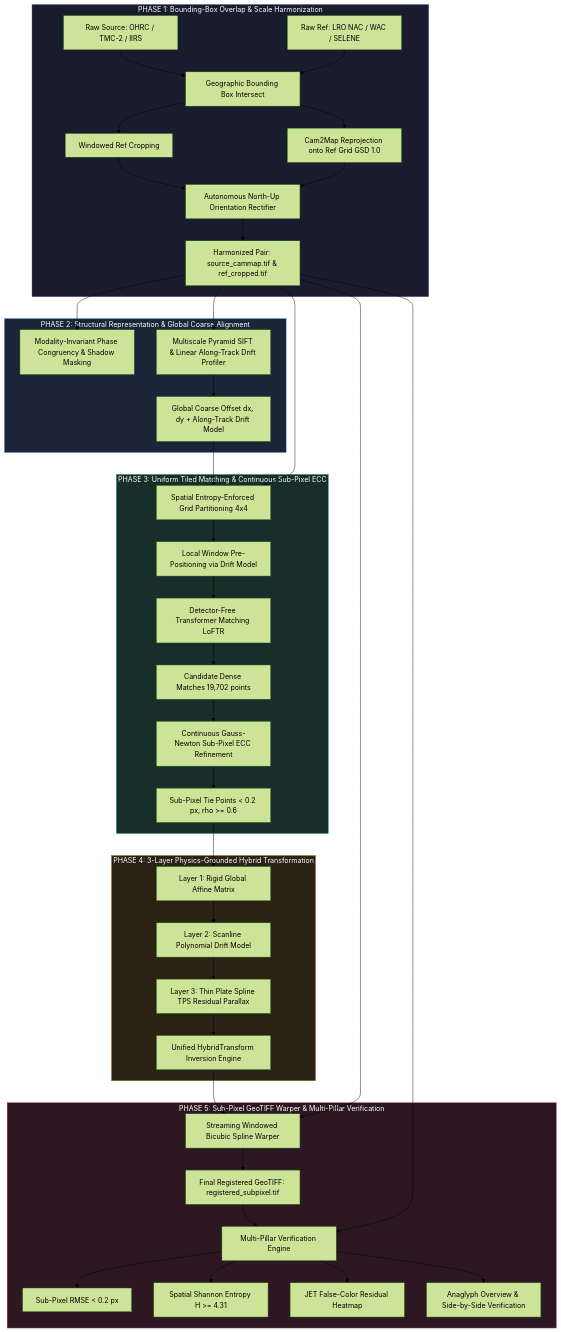
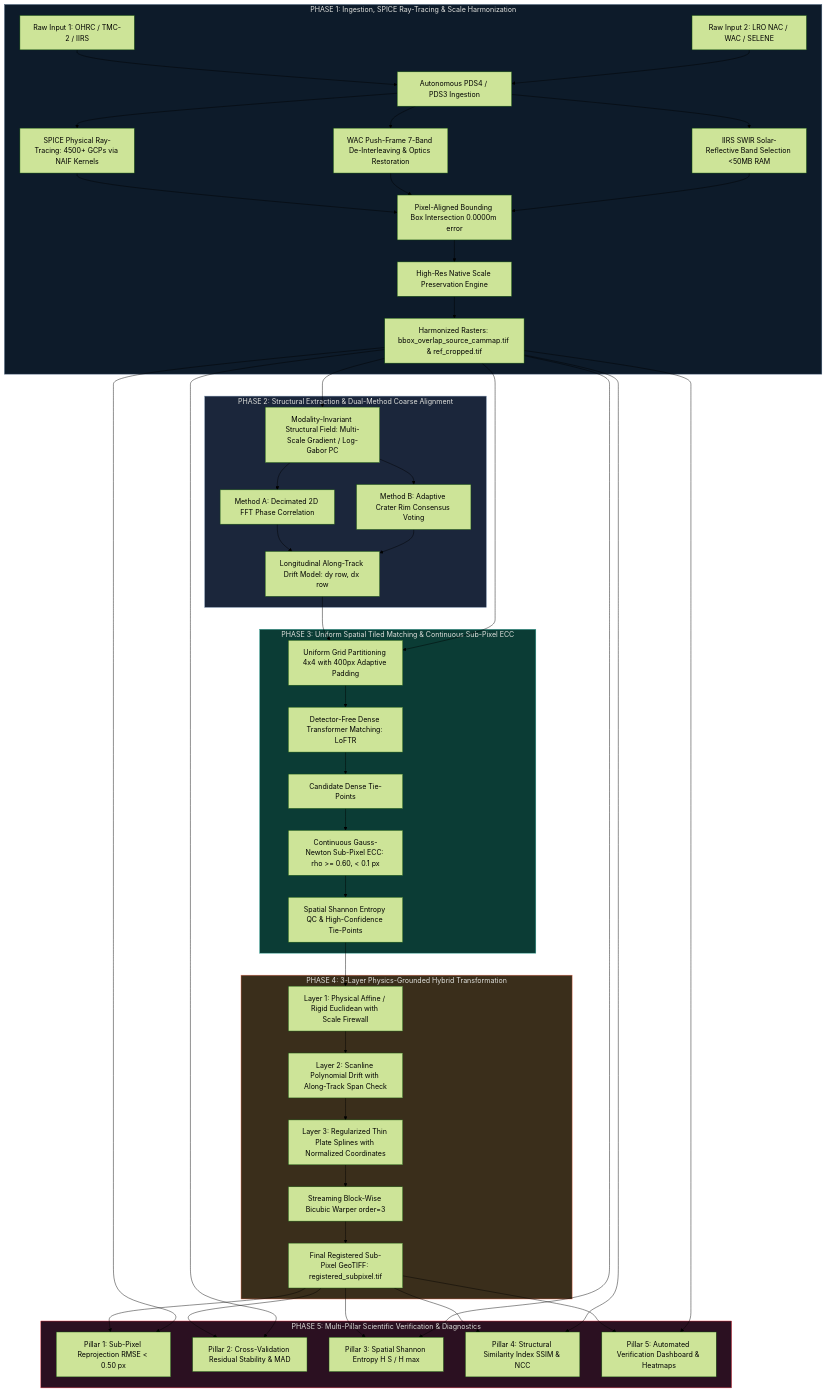
One commit to kriti1684/SIH26166 changed the diagram in README.md. Above: the diagram before and after it, drawn with Mermaid (forest theme). The commit also changed other lines of this file and 19 other files, not shown here.

First line of the commit message:
feat: rename to ChandaShakti, clean architecture & establish verified sub-pixel pipeline (SIH26166)

````diff
--- a/README.md
+++ b/README.md
@@ -31,49 +39,50 @@
 ```mermaid
 graph TD
-    subgraph S1["PHASE 1: Bounding-Box Overlap & Scale Harmonization"]
-        A[Raw Source: OHRC / TMC-2 / IIRS] --> B[Geographic Bounding Box Intersect]
-        C[Raw Ref: LRO NAC / WAC / SELENE] --> B
-        B --> D[Windowed Ref Cropping]
-        B --> E[Cam2Map Reprojection onto Ref Grid GSD 1.0]
-        D & E --> F[Autonomous North-Up Orientation Rectifier]
-        F --> G[Harmonized Pair: source_cammap.tif & ref_cropped.tif]
+    subgraph P1["PHASE 1: Ingestion, SPICE Ray-Tracing & Scale Harmonization"]
+        A[Raw Input 1: OHRC / TMC-2 / IIRS] --> B[Autonomous PDS4 / PDS3 Ingestion]
+        C[Raw Input 2: LRO NAC / WAC / SELENE] --> B
+        B --> D[SPICE Physical Ray-Tracing: 4500+ GCPs via NAIF Kernels]
+        B --> E[WAC Push-Frame 7-Band De-Interleaving & Optics Restoration]
+        B --> F[IIRS SWIR Solar-Reflective Band Selection <50MB RAM]
+        D & E & F --> G[Pixel-Aligned Bounding Box Intersection 0.0000m error]
+        G --> H[High-Res Native Scale Preservation Engine]
+        H --> I[Harmonized Rasters: bbox_overlap_source_cammap.tif & ref_cropped.tif]
     end
 
-    subgraph S2["PHASE 2: Structural Representation & Global Coarse Alignment"]
-        G --> H[Modality-Invariant Phase Congruency & Shadow Masking]
-        G --> I[Multiscale Pyramid SIFT & Linear Along-Track Drift Profiler]
-        I --> J[Global Coarse Offset dx, dy + Along-Track Drift Model]
+    subgraph P2["PHASE 2: Structural Extraction & Dual-Method Coarse Alignment"]
+        I --> J[Modality-Invariant Structural Field: Multi-Scale Gradient / Log-Gabor PC]
+        J --> K[Method A: Decimated 2D FFT Phase Correlation]
+        J --> L[Method B: Adaptive Crater Rim Consensus Voting]
+        K & L --> M[Longitudinal Along-Track Drift Model: dy row, dx row]
     end
 
-    subgraph S3["PHASE 3: Uniform Tiled Matching & Continuous Sub-Pixel ECC"]
-        J & G --> K[Spatial Entropy-Enforced Grid Partitioning 4x4]
-        K --> L[Local Window Pre-Positioning via Drift Model]
-        L --> M[Detector-Free Transformer Matching LoFTR]
-        M --> N[Candidate Dense Matches 19,702 points]
-        N --> O[Continuous Gauss-Newton Sub-Pixel ECC Refinement]
-        O --> P[Sub-Pixel Tie Points < 0.2 px, rho >= 0.6]
+    subgraph P3["PHASE 3: Uniform Spatial Tiled Matching & Continuous Sub-Pixel ECC"]
+        M & I --> N[Uniform Grid Partitioning 4x4 with 400px Adaptive Padding]
+        N --> O[Detector-Free Dense Transformer Matching: LoFTR]
+        O --> P[Candidate Dense Tie-Points]
+        P --> Q[Continuous Gauss-Newton Sub-Pixel ECC: rho >= 0.60, < 0.1 px]
+        Q --> R[Spatial Shannon Entropy QC & High-Confidence Tie-Points]
     end
 
-    subgraph S4["PHASE 4: 3-Layer Physics-Grounded Hybrid Transformation"]
-        P --> Q[Layer 1: Rigid Global Affine Matrix]
-        Q --> R[Layer 2: Scanline Polynomial Drift Model]
-        R --> S[Layer 3: Thin Plate Spline TPS Residual Parallax]
-        S --> T[Unified HybridTransform Inversion Engine]
+    subgraph P4["PHASE 4: 3-Layer Physics-Grounded Hybrid Transformation"]
+        R --> S[Layer 1: Physical Affine / Rigid Euclidean with Scale Firewall]
+        S --> T[Layer 2: Scanline Polynomial Drift with Along-Track Span Check]
+        T --> U[Layer 3: Regularized Thin Plate Splines with Normalized Coordinates]
+        U --> V[Streaming Block-Wise Bicubic Warper order=3]
+        V --> W[Final Registered Sub-Pixel GeoTIFF: registered_subpixel.tif]
     end
 
-    subgraph S5["PHASE 5: Sub-Pixel GeoTIFF Warper & Multi-Pillar Verification"]
-        T & G --> U[Streaming Windowed Bicubic Spline Warper]
-        U --> V[Final Registered GeoTIFF: registered_subpixel.tif]
-        V & G --> W[Multi-Pillar Verification Engine]
-        W --> X1[Sub-Pixel RMSE < 0.2 px]
-        W --> X2[Spatial Shannon Entropy H >= 4.31]
-        W --> X3[JET False-Color Residual Heatmap]
-        W --> X4[Anaglyph Overview & Side-by-Side Verification]
+    subgraph P5["PHASE 5: Multi-Pillar Scientific Verification & Diagnostics"]
+        W & I --> X1[Pillar 1: Sub-Pixel Reprojection RMSE < 0.50 px]
+        W & I --> X2[Pillar 2: Cross-Validation Residual Stability & MAD]
+        W & I --> X3[Pillar 3: Spatial Shannon Entropy H S / H max]
+        W & I --> X4[Pillar 4: Structural Similarity Index SSIM & NCC]
+        W & I --> X5[Pillar 5: Automated Verification Dashboard & Heatmaps]
     end
 
-    style S1 fill:#1a1c2e,stroke:#4a5490,color:#fff
-    style S2 fill:#1c2538,stroke:#3b7ab8,color:#fff
-    style S3 fill:#172e2b,stroke:#26997b,color:#fff
-    style S4 fill:#2b2216,stroke:#b87a28,color:#fff
-    style S5 fill:#2d1822,stroke:#b8326a,color:#fff
+    style P1 fill:#0d1b2a,stroke:#415a77,color:#e0e1dd
+    style P2 fill:#1b263b,stroke:#778da9,color:#e0e1dd
+    style P3 fill:#0b3c35,stroke:#2a9d8f,color:#e0e1dd
+    style P4 fill:#3a2e1b,stroke:#e76f51,color:#e0e1dd
+    style P5 fill:#2b1021,stroke:#e63946,color:#e0e1dd
 ```
````
